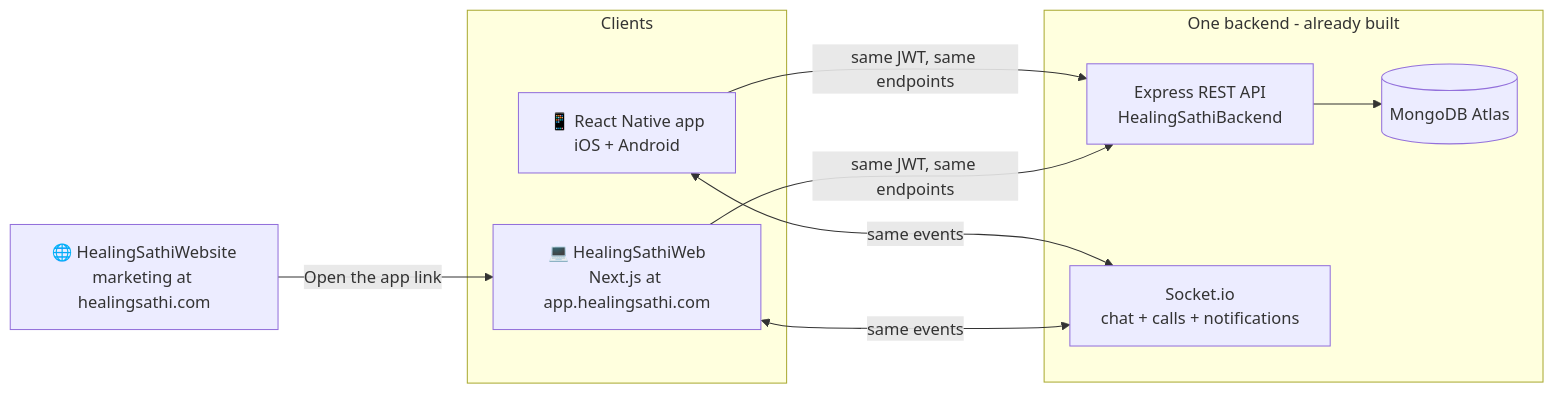
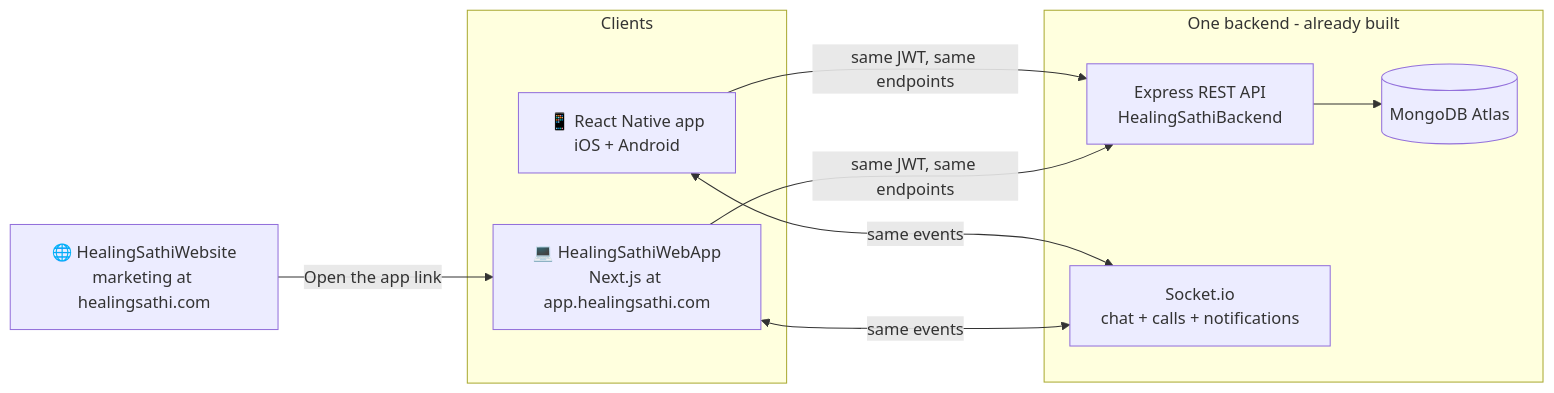
The diagram in MainWebsite.md (Abhsihekkaul/AwesomeProject), drawn with Mermaid before and after one commit. The commit also changed other lines of this file and 1 other file, not shown here.

First line of the commit message:
MainWebsite.md: folder renamed to HealingSathiWebApp + live build tracker section

````diff
--- a/MainWebsite.md
+++ b/MainWebsite.md
@@ -21,18 +21,18 @@
 ```mermaid
 flowchart LR
     subgraph Clients
       A[📱 React Native app\niOS + Android]
-      W[💻 HealingSathiWeb\nNext.js at app.healingsathi.com]
+      W[💻 HealingSathiWebApp\nNext.js at app.healingsathi.com]
     end
     subgraph One backend - already built
       B[Express REST API\nHealingSathiBackend]
       S[Socket.io\nchat + calls + notifications]
       DB[(MongoDB Atlas)]
     end
     M[🌐 HealingSathiWebsite\nmarketing at healingsathi.com] -->|"Open the app" link| W
     A -->|same JWT, same endpoints| B
     W -->|same JWT, same endpoints| B
     A <-->|same events| S
     W <-->|same events| S
     B --> DB
 ```
````
